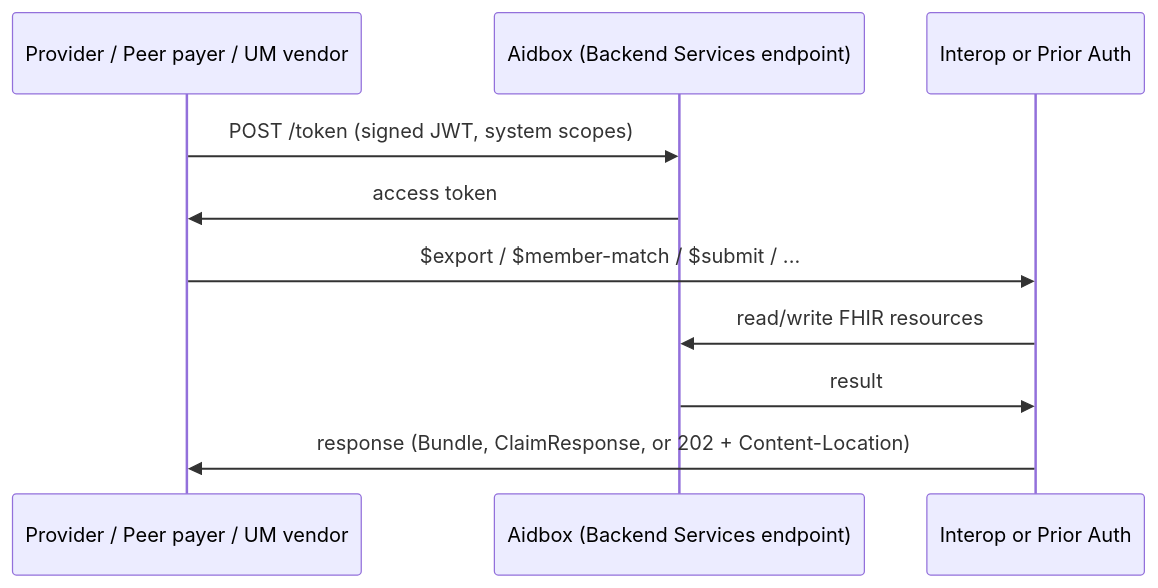
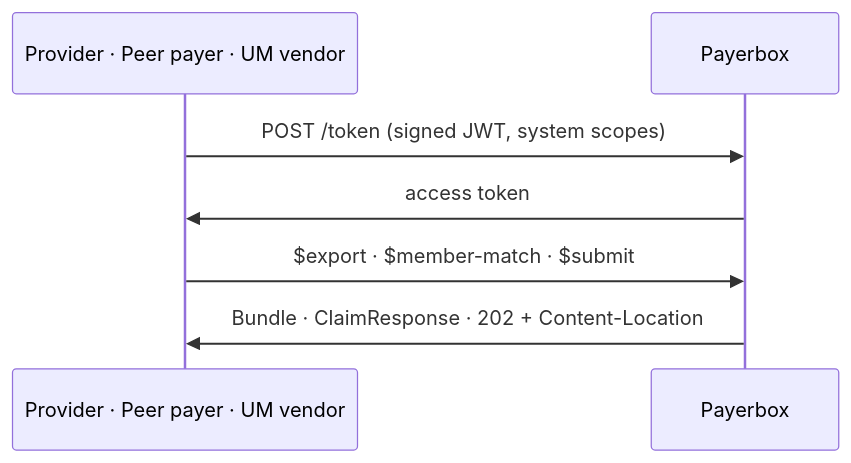
Before and after one commit to HealthSamurai/payerbox-docs: the second of 2 diagrams in docs/run-payerbox/architecture.md, drawn with Mermaid. The commit also changed other lines of this file and 14 other files, not shown here.

First line of the commit message:
docs: unify the flow diagrams in house-style SVG

````diff
--- a/docs/run-payerbox/architecture.md
+++ b/docs/run-payerbox/architecture.md
@@ -104,12 +53,9 @@
 ```mermaid
 sequenceDiagram
-  participant client as Provider / Peer payer / UM vendor
-  participant aidbox as Aidbox (Backend Services endpoint)
-  participant interop as Interop or Prior Auth
-  client->>aidbox: POST /token (signed JWT, system scopes)
-  aidbox->>client: access token
-  client->>interop: $export / $member-match / $submit / ...
-  interop->>aidbox: read/write FHIR resources
-  aidbox->>interop: result
-  interop->>client: response (Bundle, ClaimResponse, or 202 + Content-Location)
+  participant client as Provider · Peer payer · UM vendor
+  participant pb as Payerbox
+  client->>pb: POST /token (signed JWT, system scopes)
+  pb->>client: access token
+  client->>pb: $export · $member-match · $submit
+  pb->>client: Bundle · ClaimResponse · 202 + Content-Location
 ```
````
